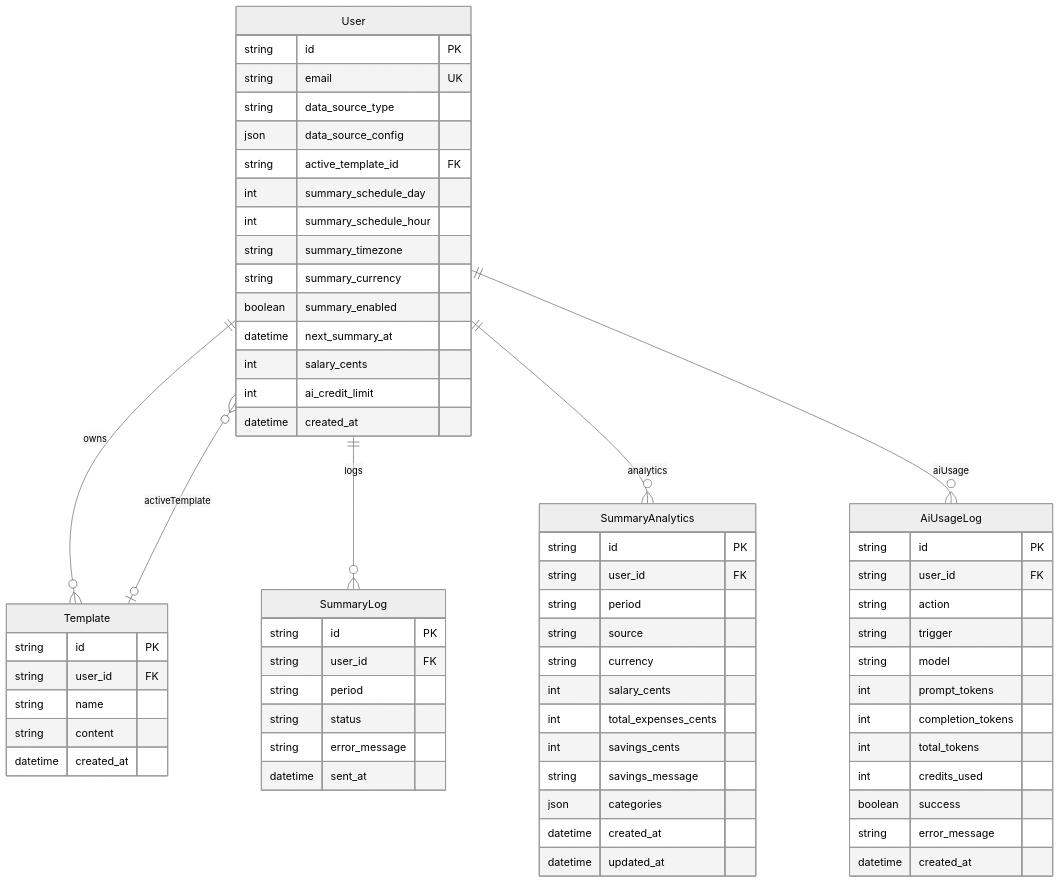
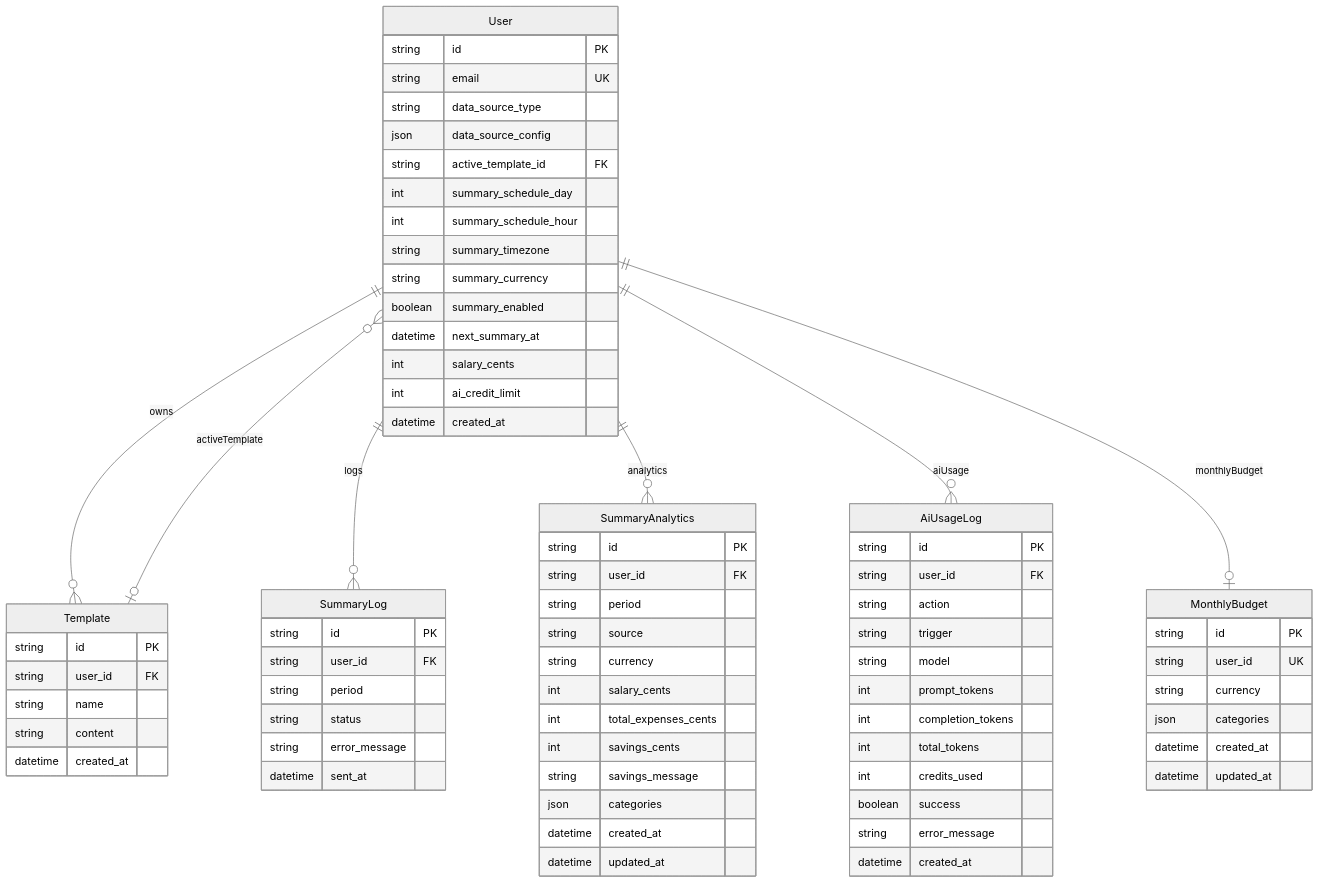
Before and after one commit to PatrykS-ORG/expenses-tracking-backend: the diagram in docs/database.md, drawn with Mermaid (neutral theme). The commit also changed other lines of this file and 13 other files, not shown here.

First line of the commit message:
feat: add reusable monthly category budget API (#44)

````diff
--- a/docs/database.md
+++ b/docs/database.md
@@ -195,67 +219,76 @@
 ```mermaid
 erDiagram
   User ||--o{ Template : owns
   User }o--o| Template : activeTemplate
   User ||--o{ SummaryLog : logs
   User ||--o{ SummaryAnalytics : analytics
   User ||--o{ AiUsageLog : aiUsage
+  User ||--o| MonthlyBudget : monthlyBudget
   User {
     string id PK
     string email UK
     string data_source_type
     json data_source_config
     string active_template_id FK
     int summary_schedule_day
     int summary_schedule_hour
     string summary_timezone
     string summary_currency
     boolean summary_enabled
     datetime next_summary_at
     int salary_cents
     int ai_credit_limit
     datetime created_at
+  }
+  MonthlyBudget {
+    string id PK
+    string user_id UK
+    string currency
+    json categories
+    datetime created_at
+    datetime updated_at
   }
   Template {
     string id PK
     string user_id FK
     string name
     string content
     datetime created_at
   }
   SummaryLog {
     string id PK
     string user_id FK
     string period
     string status
     string error_message
     datetime sent_at
   }
   SummaryAnalytics {
     string id PK
     string user_id FK
     string period
     string source
     string currency
     int salary_cents
     int total_expenses_cents
     int savings_cents
     string savings_message
     json categories
     datetime created_at
     datetime updated_at
   }
   AiUsageLog {
     string id PK
     string user_id FK
     string action
     string trigger
     string model
     int prompt_tokens
     int completion_tokens
     int total_tokens
     int credits_used
     boolean success
     string error_message
     datetime created_at
   }
 ```
````
